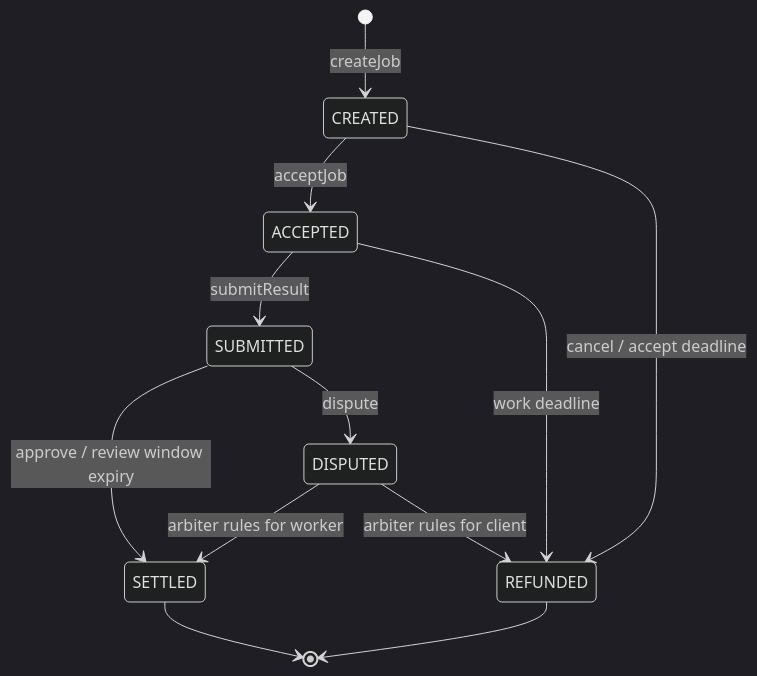
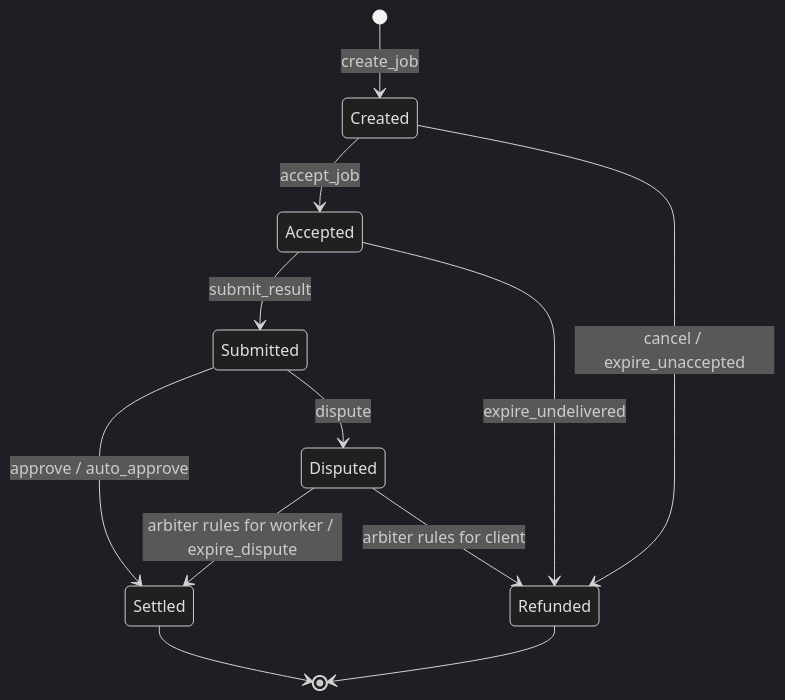
The third of 3 diagrams in docs/02-flowcharts.md (gopaltalaviya/pactora-docs-near), drawn with Mermaid (dark theme) before and after one commit. The commit also changed other lines of this file and 6 other files, not shown here.

First line of the commit message:
00, 01, 02, 03, 05, 09, 10: the product, its flows, stack and roadmap on NEAR

````diff
--- a/docs/02-flowcharts.md
+++ b/docs/02-flowcharts.md
@@ -260,14 +239,14 @@
 ```mermaid
 stateDiagram-v2
-    [*] --> CREATED: createJob
-    CREATED --> ACCEPTED: acceptJob
-    CREATED --> REFUNDED: cancel / accept deadline
-    ACCEPTED --> SUBMITTED: submitResult
-    ACCEPTED --> REFUNDED: work deadline
-    SUBMITTED --> SETTLED: approve / review window expiry
-    SUBMITTED --> DISPUTED: dispute
-    DISPUTED --> SETTLED: arbiter rules for worker
-    DISPUTED --> REFUNDED: arbiter rules for client
-    SETTLED --> [*]
-    REFUNDED --> [*]
+    [*] --> Created: create_job
+    Created --> Accepted: accept_job
+    Created --> Refunded: cancel / expire_unaccepted
+    Accepted --> Submitted: submit_result
+    Accepted --> Refunded: expire_undelivered
+    Submitted --> Settled: approve / auto_approve
+    Submitted --> Disputed: dispute
+    Disputed --> Settled: arbiter rules for worker / expire_dispute
+    Disputed --> Refunded: arbiter rules for client
+    Settled --> [*]
+    Refunded --> [*]
 ```
````
